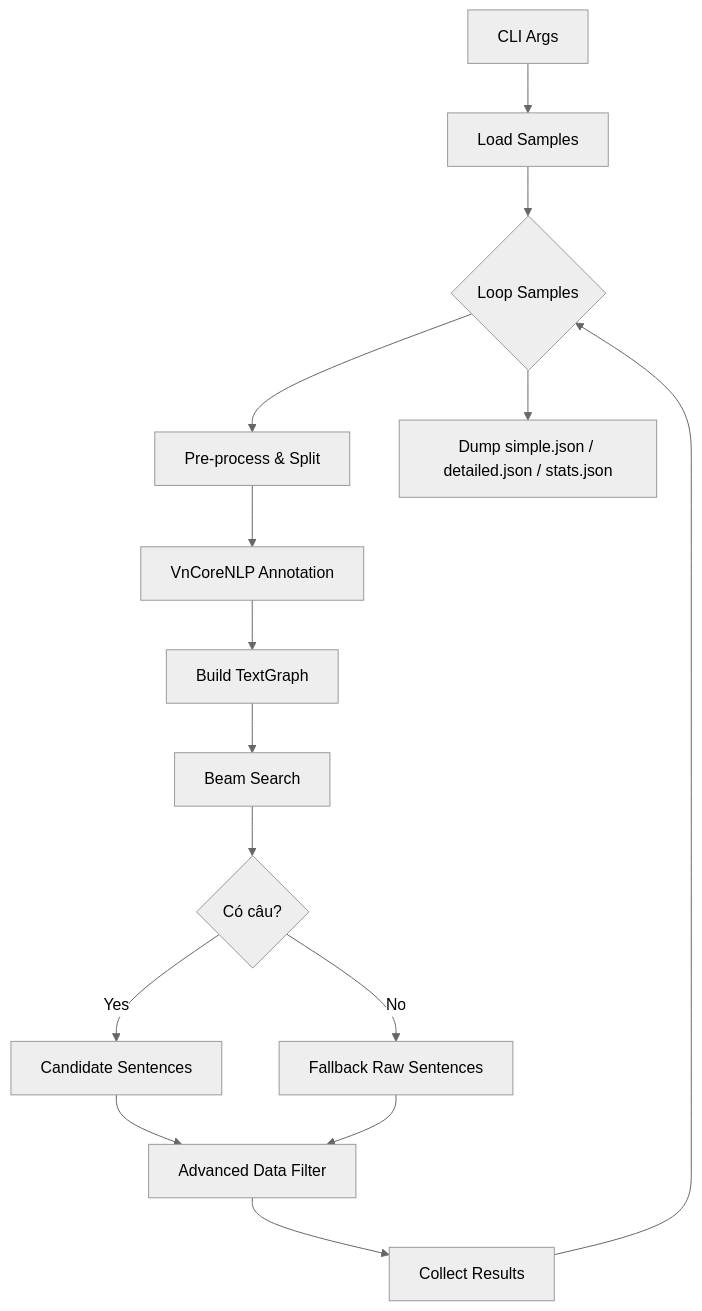
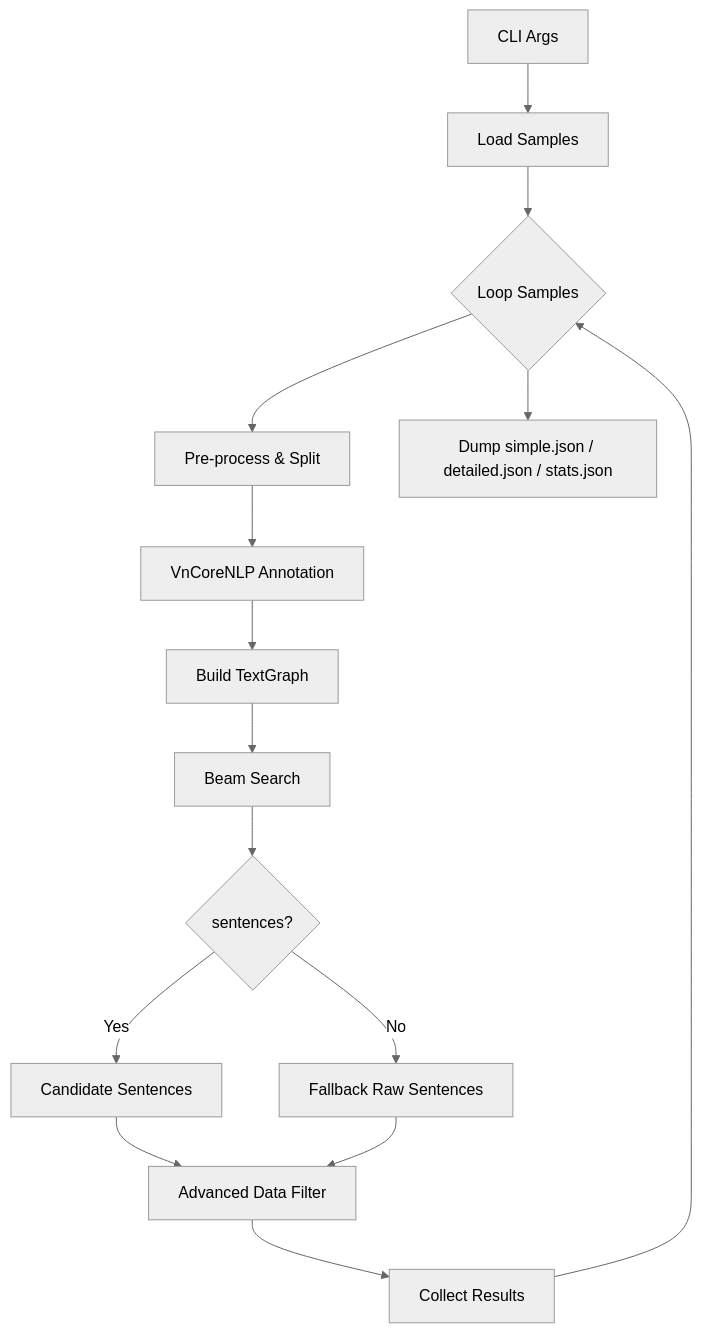
The diagram in README_BEAM_GRAPH_FILTER_PIPELINE_WORKFLOW.md (kin1304/BeamSearchFiltering), drawn with Mermaid (neutral theme) before and after one commit. The commit also changed 8 other files, not shown here.

````diff
--- a/README_BEAM_GRAPH_FILTER_PIPELINE_WORKFLOW.md
+++ b/README_BEAM_GRAPH_FILTER_PIPELINE_WORKFLOW.md
@@ -36,17 +36,17 @@
 ```mermaid
 graph TD
   A[CLI Args] --> B[Load Samples]
   B --> C{Loop Samples}
   C --> D[Pre-process & Split]
   D --> E[VnCoreNLP Annotation]
   E --> F[Build TextGraph]
   F --> G[Beam Search]
-  G --> H{Có câu?}
+  G --> H{sentences?}
   H -->|Yes| I[Candidate Sentences]
   H -->|No| J[Fallback Raw Sentences]
   I --> K[Advanced Data Filter]
   J --> K
   K --> L[Collect Results]
   L --> C
   C --> M[Dump simple.json / detailed.json / stats.json]
 ```
````
